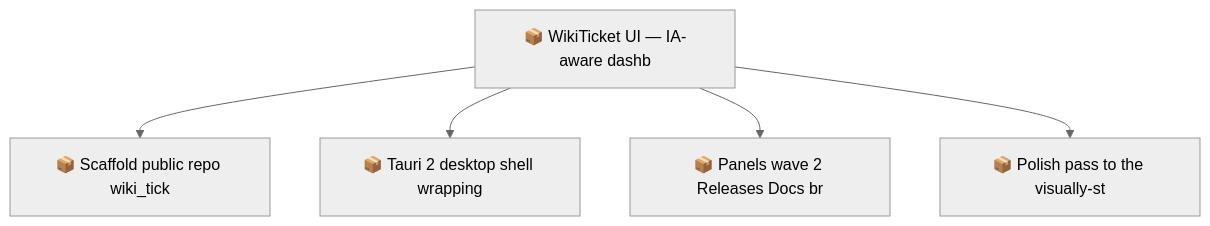
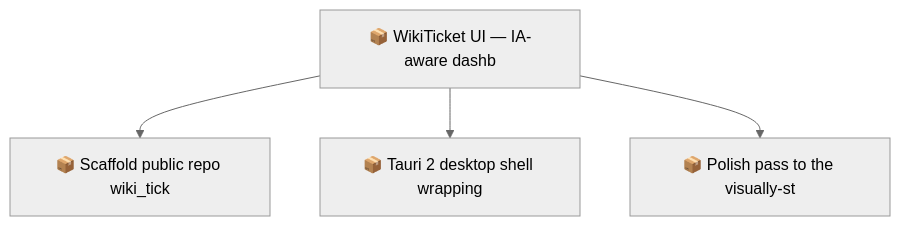
One commit to SpillwaveSolutions/wiki_ticket_sdd_ui changed the second of 2 diagrams in docs/roadmap.md. Above: the diagram before and after it, drawn with Mermaid (neutral theme). The commit also changed other lines of this file and 15 other files, not shown here.

First line of the commit message:
feat(web): panels wave 2 — Releases, Docs, PublishPlane, SyncHealth, Charts (#6)

````diff
--- a/docs/roadmap.md
+++ b/docs/roadmap.md
@@ -65,12 +62,10 @@
 ```mermaid
 graph TD
     01KY5ZZX8Y6N7E5YQYP4X1V7VA["📦 Scaffold public repo wiki_tick"]
     01KY5ZZX8YXD5YDJKQGJ3VCCHN["📦 WikiTicket UI — IA-aware dashb"]
     01KY5ZZX8Z46K7BCSPPFKN23JZ["📦 Tauri 2 desktop shell wrapping"]
-    01KY5ZZX8ZBF099JH8N2ZRJKKE["📦 Panels wave 2 Releases Docs br"]
     01KY5ZZX8ZYPXTMVCGX4AAZQSG["📦 Polish pass to the visually-st"]
     01KY5ZZX8YXD5YDJKQGJ3VCCHN --> 01KY5ZZX8Y6N7E5YQYP4X1V7VA
     01KY5ZZX8YXD5YDJKQGJ3VCCHN --> 01KY5ZZX8Z46K7BCSPPFKN23JZ
-    01KY5ZZX8YXD5YDJKQGJ3VCCHN --> 01KY5ZZX8ZBF099JH8N2ZRJKKE
     01KY5ZZX8YXD5YDJKQGJ3VCCHN --> 01KY5ZZX8ZYPXTMVCGX4AAZQSG
 ```
````
